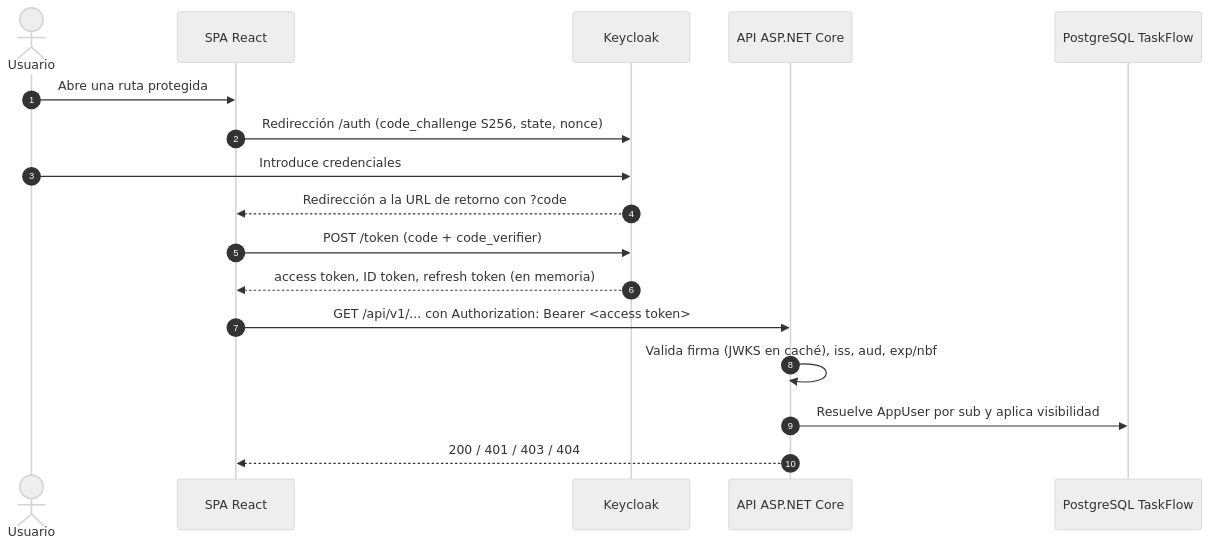
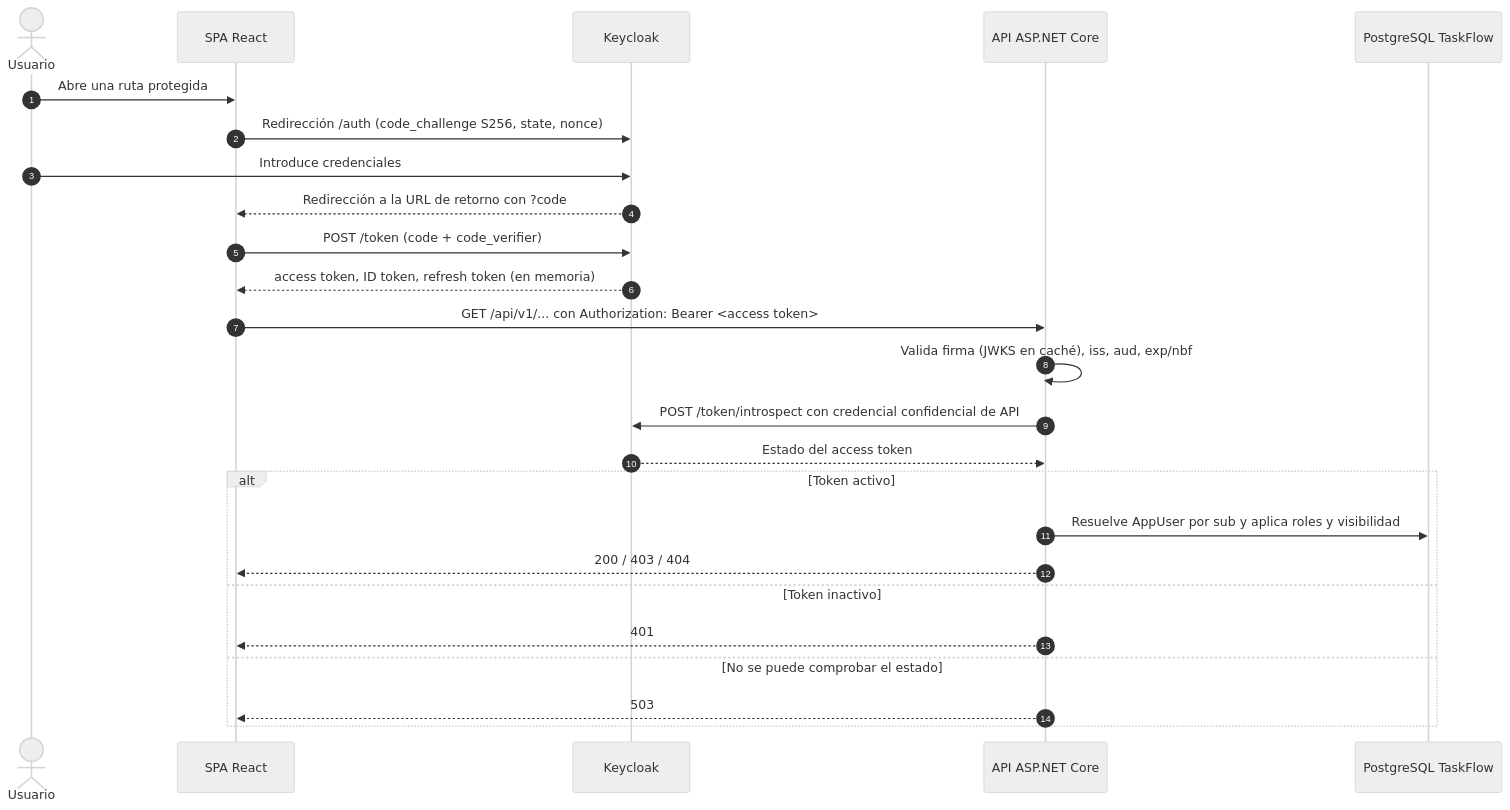
The first of 2 diagrams in docs/03-architecture/authentication.md (djacobo-hiberuscom/taskflow-onboarding), drawn with Mermaid (neutral theme) before and after one commit. The commit also changed other lines of this file and 8 other files, not shown here.

````diff
--- a/docs/03-architecture/authentication.md
+++ b/docs/03-architecture/authentication.md
@@ -17,20 +19,28 @@
 ```mermaid
 sequenceDiagram
     autonumber
     actor U as Usuario
     participant SPA as SPA React
     participant KC as Keycloak
     participant API as API ASP.NET Core
     participant DB as PostgreSQL TaskFlow
 
     U->>SPA: Abre una ruta protegida
     SPA->>KC: Redirección /auth (code_challenge S256, state, nonce)
     U->>KC: Introduce credenciales
     KC-->>SPA: Redirección a la URL de retorno con ?code
     SPA->>KC: POST /token (code + code_verifier)
     KC-->>SPA: access token, ID token, refresh token (en memoria)
     SPA->>API: GET /api/v1/... con Authorization: Bearer <access token>
     API->>API: Valida firma (JWKS en caché), iss, aud, exp/nbf
-    API->>DB: Resuelve AppUser por sub y aplica visibilidad
-    API-->>SPA: 200 / 401 / 403 / 404
+    API->>KC: POST /token/introspect con credencial confidencial de API
+    KC-->>API: Estado del access token
+    alt Token activo
+        API->>DB: Resuelve AppUser por sub y aplica roles y visibilidad
+        API-->>SPA: 200 / 403 / 404
+    else Token inactivo
+        API-->>SPA: 401
+    else No se puede comprobar el estado
+        API-->>SPA: 503
+    end
 ```
````
